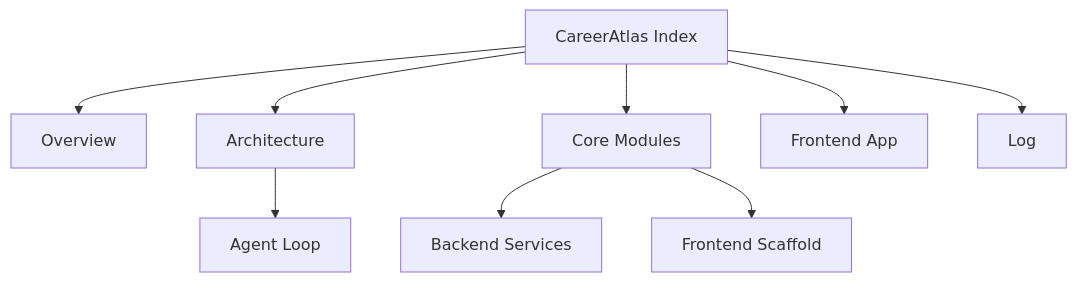
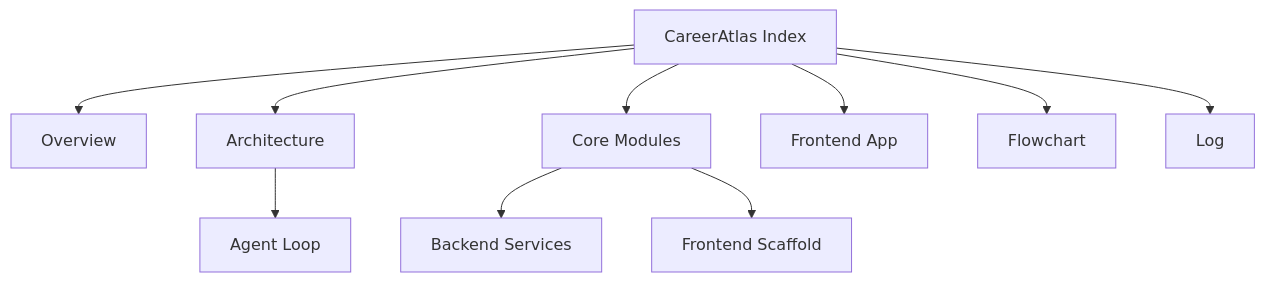
One commit to supersparton/CareerAtlas changed the diagram in wiki/index.md. Above: the diagram before and after it, drawn with Mermaid. The commit also changed other lines of this file and 3 other files, not shown here.

````diff
--- a/wiki/index.md
+++ b/wiki/index.md
@@ -39,11 +41,12 @@
 ```mermaid
 graph TD
     A[CareerAtlas Index] --> B[Overview]
     A --> C[Architecture]
     A --> D[Core Modules]
     A --> I[Frontend App]
+    A --> J[Flowchart]
     A --> E[Log]
     C --> F[Agent Loop]
     D --> G[Backend Services]
     D --> H[Frontend Scaffold]
 ```
````
